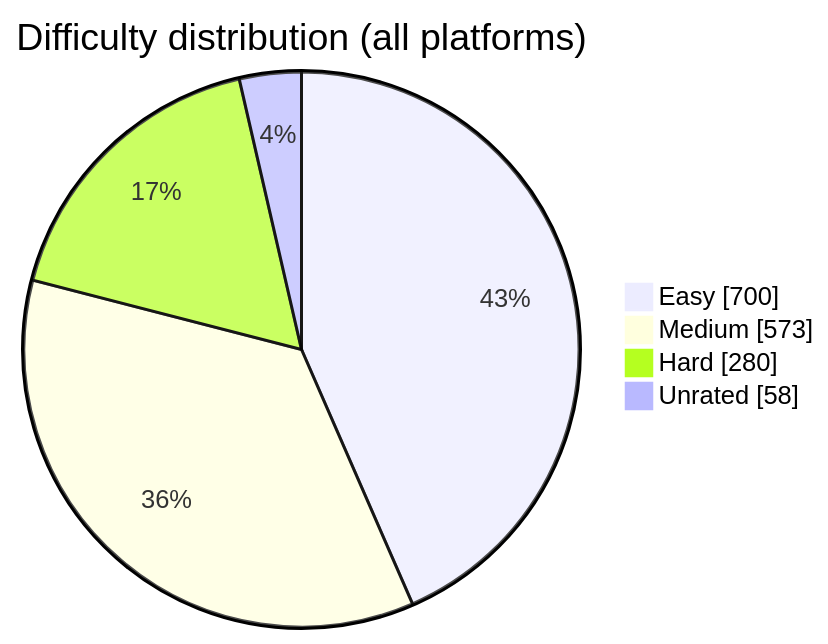
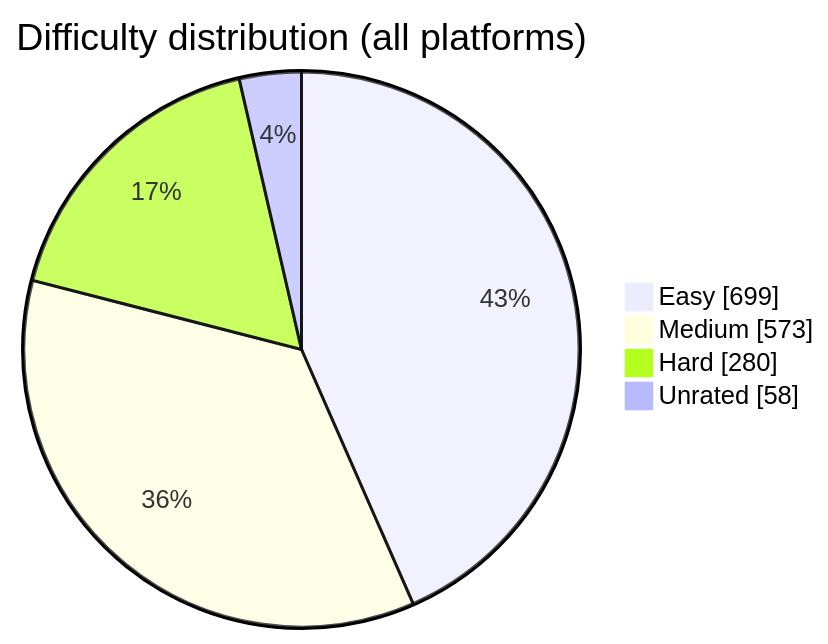
Before and after one commit to BuildbyArindam/Daily-Coding-Log: the diagram in README.md, drawn with Mermaid. The commit also changed other lines of this file, not shown here.

````diff
--- a/README.md
+++ b/README.md
@@ -93,7 +93,7 @@
 ```mermaid
 pie showData title Difficulty distribution (all platforms)
-    "Easy" : 700
+    "Easy" : 699
     "Medium" : 573
     "Hard" : 280
     "Unrated" : 58
 ```
````
